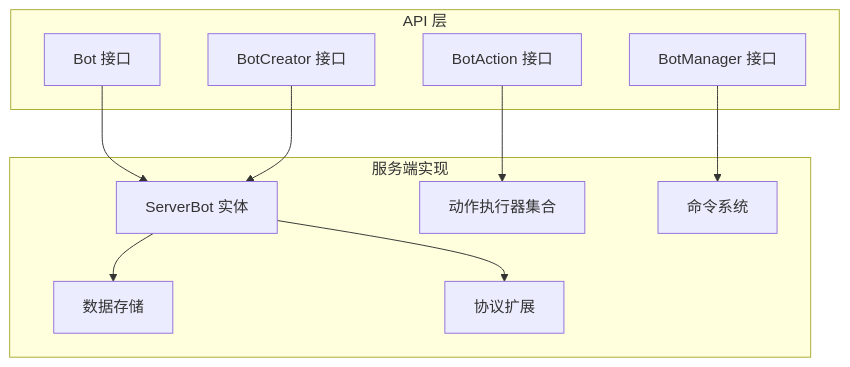
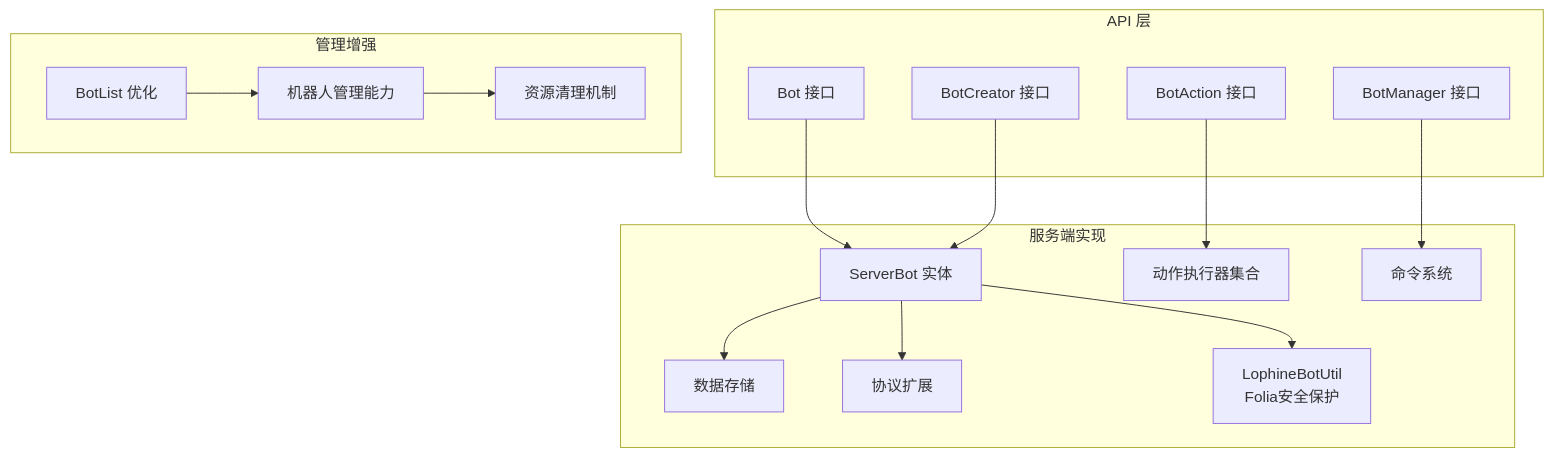
One commit to xucy10/Lophine1.21.11 changed the first of 9 diagrams in .qoder/repowiki/zh/content/机器人系统/机器人系统.md. Above: the diagram before and after it, drawn with Mermaid. The commit also changed other lines of this file and 54 other files, not shown here.

````diff
--- a/.qoder/repowiki/zh/content/机器人系统/机器人系统.md
+++ b/.qoder/repowiki/zh/content/机器人系统/机器人系统.md
@@ -83,22 +88,31 @@
 ```mermaid
 graph TB
 subgraph "API 层"
 A1["Bot 接口"]
 A2["BotAction 接口"]
 A3["BotManager 接口"]
 A4["BotCreator 接口"]
 end
 subgraph "服务端实现"
 S1["ServerBot 实体"]
 S2["动作执行器集合"]
 S3["命令系统"]
 S4["数据存储"]
 S5["协议扩展"]
+S6["LophineBotUtil<br/>Folia安全保护"]
+end
+subgraph "管理增强"
+M1["BotList 优化"]
+M2["机器人管理能力"]
+M3["资源清理机制"]
 end
 A1 --> S1
 A2 --> S2
 A3 --> S3
 A4 --> S1
 S1 --> S4
 S1 --> S5
+S1 --> S6
+M1 --> M2
+M2 --> M3
 ```
````
